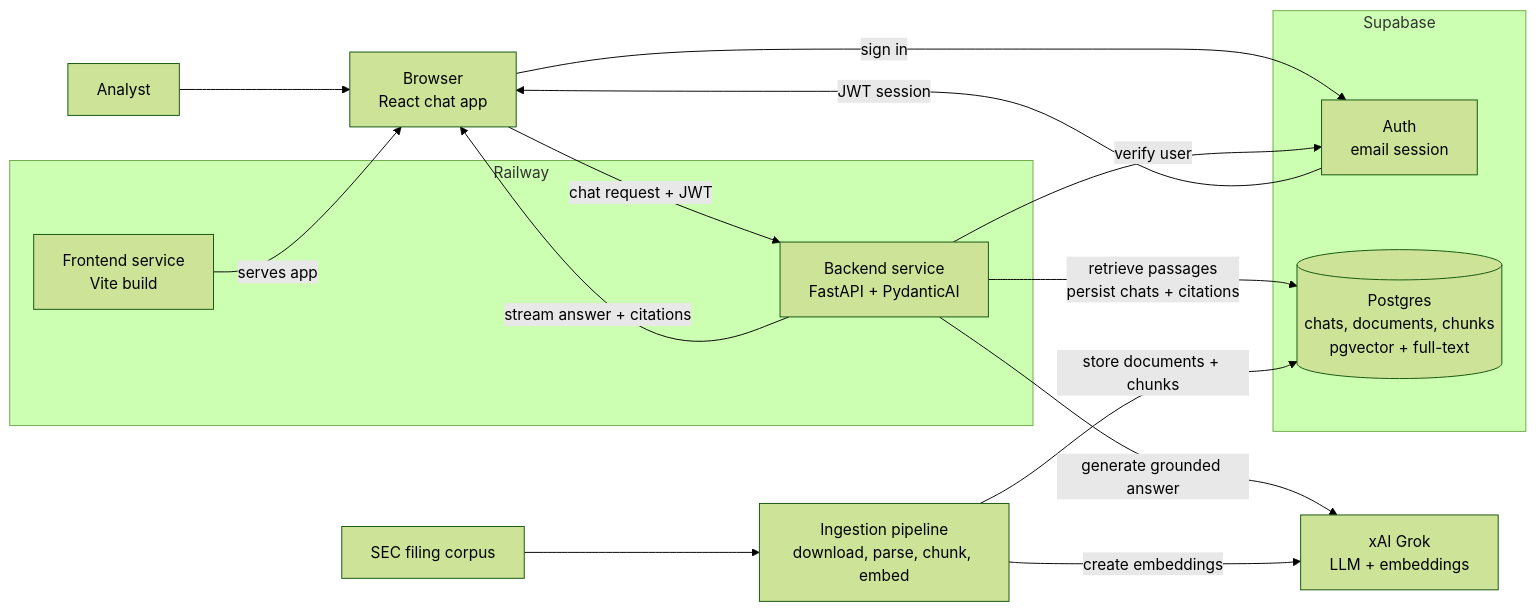
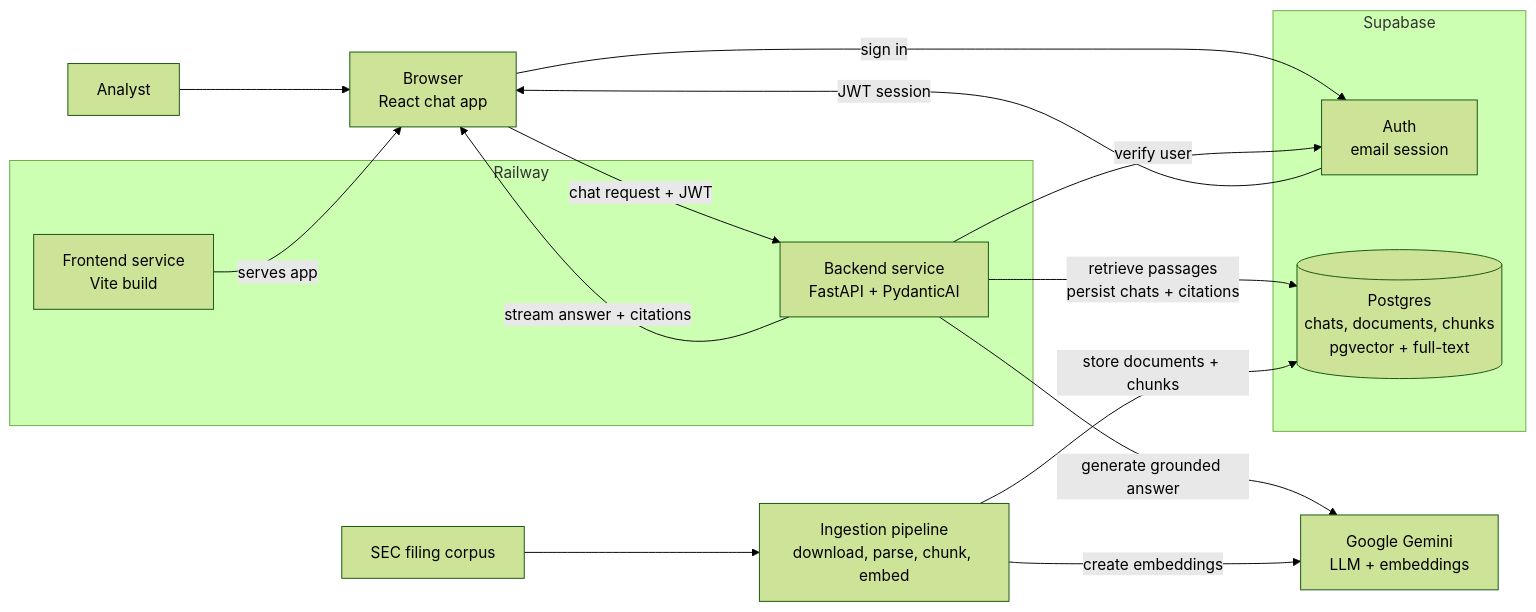
One commit to rohit-rai-0101rm/doc-pilot changed the diagram in docs/architecture.md. Above: the diagram before and after it, drawn with Mermaid (forest theme). The commit also changed other lines of this file and 27 other files, not shown here.

````diff
--- a/docs/architecture.md
+++ b/docs/architecture.md
@@ -13,31 +13,31 @@
 ```mermaid
 flowchart LR
     user[Analyst] --> browser[Browser<br/>React chat app]
 
     subgraph railway[Railway]
         frontend[Frontend service<br/>Vite build]
         backend[Backend service<br/>FastAPI + PydanticAI]
     end
 
     subgraph supabase[Supabase]
         auth[Auth<br/>email session]
         db[(Postgres<br/>chats, documents, chunks<br/>pgvector + full-text)]
     end
 
-    xai[xAI Grok<br/>LLM + embeddings]
+    gemini[Google Gemini<br/>LLM + embeddings]
     corpus[SEC filing corpus]
     ingestion[Ingestion pipeline<br/>download, parse, chunk, embed]
 
     frontend -->|serves app| browser
     browser -->|sign in| auth
     auth -->|JWT session| browser
     browser -->|chat request + JWT| backend
     backend -->|verify user| auth
     backend -->|retrieve passages<br/>persist chats + citations| db
-    backend -->|generate grounded answer| xai
+    backend -->|generate grounded answer| gemini
     backend -->|stream answer + citations| browser
 
     corpus --> ingestion
-    ingestion -->|create embeddings| xai
+    ingestion -->|create embeddings| gemini
     ingestion -->|store documents + chunks| db
 ```
````
